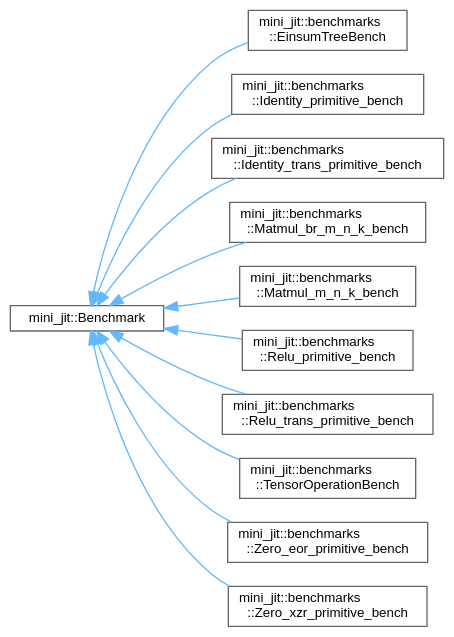
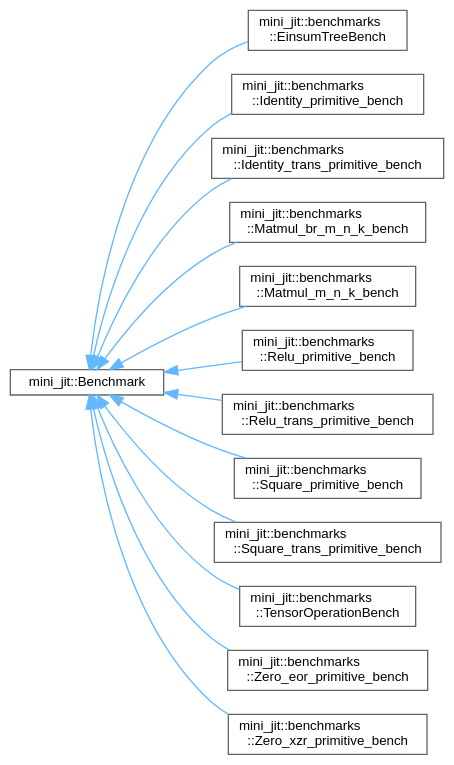
One commit to Shad00Z/machine-learning-compilers changed the diagram in inherit_graph_0.dot. Above: the diagram before and after it, drawn with Graphviz. The commit also changed 48 other files, not shown here.

```diff
--- a/inherit_graph_0.dot
+++ b/inherit_graph_0.dot
@@ -1,29 +1,33 @@
 digraph "Graphical Class Hierarchy"
 {
  // LATEX_PDF_SIZE
   bgcolor="transparent";
   edge [fontname=Helvetica,fontsize=10,labelfontname=Helvetica,labelfontsize=10];
   node [fontname=Helvetica,fontsize=10,shape=box,height=0.2,width=0.4];
   rankdir="LR";
   Node0 [id="Node000000",label="mini_jit::Benchmark",height=0.2,width=0.4,color="grey40", fillcolor="white", style="filled",URL="$classmini__jit_1_1Benchmark.html",tooltip=" "];
   Node0 -> Node1 [id="edge1_Node000000_Node000001",dir="back",color="steelblue1",style="solid",tooltip=" "];
   Node1 [id="Node000001",label="mini_jit::benchmarks\l::EinsumTreeBench",height=0.2,width=0.4,color="grey40", fillcolor="white", style="filled",URL="$classmini__jit_1_1benchmarks_1_1EinsumTreeBench.html",tooltip=" "];
   Node0 -> Node2 [id="edge2_Node000000_Node000002",dir="back",color="steelblue1",style="solid",tooltip=" "];
   Node2 [id="Node000002",label="mini_jit::benchmarks\l::Identity_primitive_bench",height=0.2,width=0.4,color="grey40", fillcolor="white", style="filled",URL="$classmini__jit_1_1benchmarks_1_1Identity__primitive__bench.html",tooltip=" "];
   Node0 -> Node3 [id="edge3_Node000000_Node000003",dir="back",color="steelblue1",style="solid",tooltip=" "];
   Node3 [id="Node000003",label="mini_jit::benchmarks\l::Identity_trans_primitive_bench",height=0.2,width=0.4,color="grey40", fillcolor="white", style="filled",URL="$classmini__jit_1_1benchmarks_1_1Identity__trans__primitive__bench.html",tooltip=" "];
   Node0 -> Node4 [id="edge4_Node000000_Node000004",dir="back",color="steelblue1",style="solid",tooltip=" "];
   Node4 [id="Node000004",label="mini_jit::benchmarks\l::Matmul_br_m_n_k_bench",height=0.2,width=0.4,color="grey40", fillcolor="white", style="filled",URL="$classmini__jit_1_1benchmarks_1_1Matmul__br__m__n__k__bench.html",tooltip="Benchmark for matrix multiplication using BRGEMM."];
   Node0 -> Node5 [id="edge5_Node000000_Node000005",dir="back",color="steelblue1",style="solid",tooltip=" "];
   Node5 [id="Node000005",label="mini_jit::benchmarks\l::Matmul_m_n_k_bench",height=0.2,width=0.4,color="grey40", fillcolor="white", style="filled",URL="$classmini__jit_1_1benchmarks_1_1Matmul__m__n__k__bench.html",tooltip=" "];
   Node0 -> Node6 [id="edge6_Node000000_Node000006",dir="back",color="steelblue1",style="solid",tooltip=" "];
   Node6 [id="Node000006",label="mini_jit::benchmarks\l::Relu_primitive_bench",height=0.2,width=0.4,color="grey40", fillcolor="white", style="filled",URL="$classmini__jit_1_1benchmarks_1_1Relu__primitive__bench.html",tooltip=" "];
   Node0 -> Node7 [id="edge7_Node000000_Node000007",dir="back",color="steelblue1",style="solid",tooltip=" "];
   Node7 [id="Node000007",label="mini_jit::benchmarks\l::Relu_trans_primitive_bench",height=0.2,width=0.4,color="grey40", fillcolor="white", style="filled",URL="$classmini__jit_1_1benchmarks_1_1Relu__trans__primitive__bench.html",tooltip=" "];
   Node0 -> Node8 [id="edge8_Node000000_Node000008",dir="back",color="steelblue1",style="solid",tooltip=" "];
-  Node8 [id="Node000008",label="mini_jit::benchmarks\l::TensorOperationBench",height=0.2,width=0.4,color="grey40", fillcolor="white", style="filled",URL="$classmini__jit_1_1benchmarks_1_1TensorOperationBench.html",tooltip=" "];
+  Node8 [id="Node000008",label="mini_jit::benchmarks\l::Square_primitive_bench",height=0.2,width=0.4,color="grey40", fillcolor="white", style="filled",URL="$classmini__jit_1_1benchmarks_1_1Square__primitive__bench.html",tooltip=" "];
   Node0 -> Node9 [id="edge9_Node000000_Node000009",dir="back",color="steelblue1",style="solid",tooltip=" "];
-  Node9 [id="Node000009",label="mini_jit::benchmarks\l::Zero_eor_primitive_bench",height=0.2,width=0.4,color="grey40", fillcolor="white", style="filled",URL="$classmini__jit_1_1benchmarks_1_1Zero__eor__primitive__bench.html",tooltip=" "];
+  Node9 [id="Node000009",label="mini_jit::benchmarks\l::Square_trans_primitive_bench",height=0.2,width=0.4,color="grey40", fillcolor="white", style="filled",URL="$classmini__jit_1_1benchmarks_1_1Square__trans__primitive__bench.html",tooltip=" "];
   Node0 -> Node10 [id="edge10_Node000000_Node000010",dir="back",color="steelblue1",style="solid",tooltip=" "];
-  Node10 [id="Node000010",label="mini_jit::benchmarks\l::Zero_xzr_primitive_bench",height=0.2,width=0.4,color="grey40", fillcolor="white", style="filled",URL="$classmini__jit_1_1benchmarks_1_1Zero__xzr__primitive__bench.html",tooltip=" "];
+  Node10 [id="Node000010",label="mini_jit::benchmarks\l::TensorOperationBench",height=0.2,width=0.4,color="grey40", fillcolor="white", style="filled",URL="$classmini__jit_1_1benchmarks_1_1TensorOperationBench.html",tooltip=" "];
+  Node0 -> Node11 [id="edge11_Node000000_Node000011",dir="back",color="steelblue1",style="solid",tooltip=" "];
+  Node11 [id="Node000011",label="mini_jit::benchmarks\l::Zero_eor_primitive_bench",height=0.2,width=0.4,color="grey40", fillcolor="white", style="filled",URL="$classmini__jit_1_1benchmarks_1_1Zero__eor__primitive__bench.html",tooltip=" "];
+  Node0 -> Node12 [id="edge12_Node000000_Node000012",dir="back",color="steelblue1",style="solid",tooltip=" "];
+  Node12 [id="Node000012",label="mini_jit::benchmarks\l::Zero_xzr_primitive_bench",height=0.2,width=0.4,color="grey40", fillcolor="white", style="filled",URL="$classmini__jit_1_1benchmarks_1_1Zero__xzr__primitive__bench.html",tooltip=" "];
 }
```
